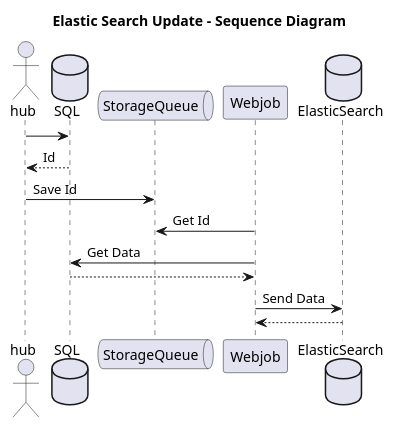
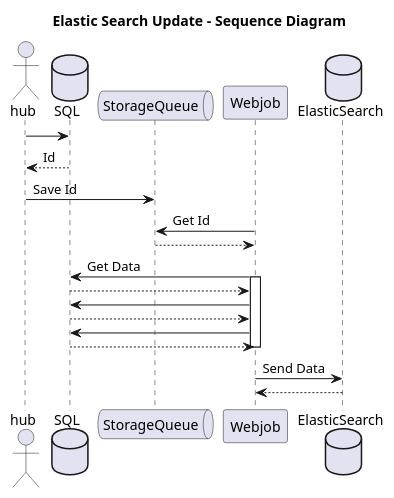
Before and after one commit to Kf-GaryNewport/Kf-GaryNewport.github.io: the diagram in assets/ElasticSearchUpdate-Sequence.puml, drawn with PlantUML.

```diff
--- a/assets/ElasticSearchUpdate-Sequence.puml
+++ b/assets/ElasticSearchUpdate-Sequence.puml
@@ -1,19 +1,27 @@
 @startuml
 
 title "Elastic Search Update - Sequence Diagram"
 
 actor hub
 Database  SQL
 hub -> SQL
 return Id
 Queue StorageQueue
 hub -> StorageQueue : Save Id
 Webjob -> StorageQueue : Get Id
+return
+
 Webjob -> SQL : Get Data
+activate Webjob
 return
+Webjob -> SQL
+return
+Webjob -> SQL
+return
+deactivate Webjob
 Database ElasticSearch
 Webjob -> ElasticSearch : Send Data
 return
 
 
 @enduml
```
